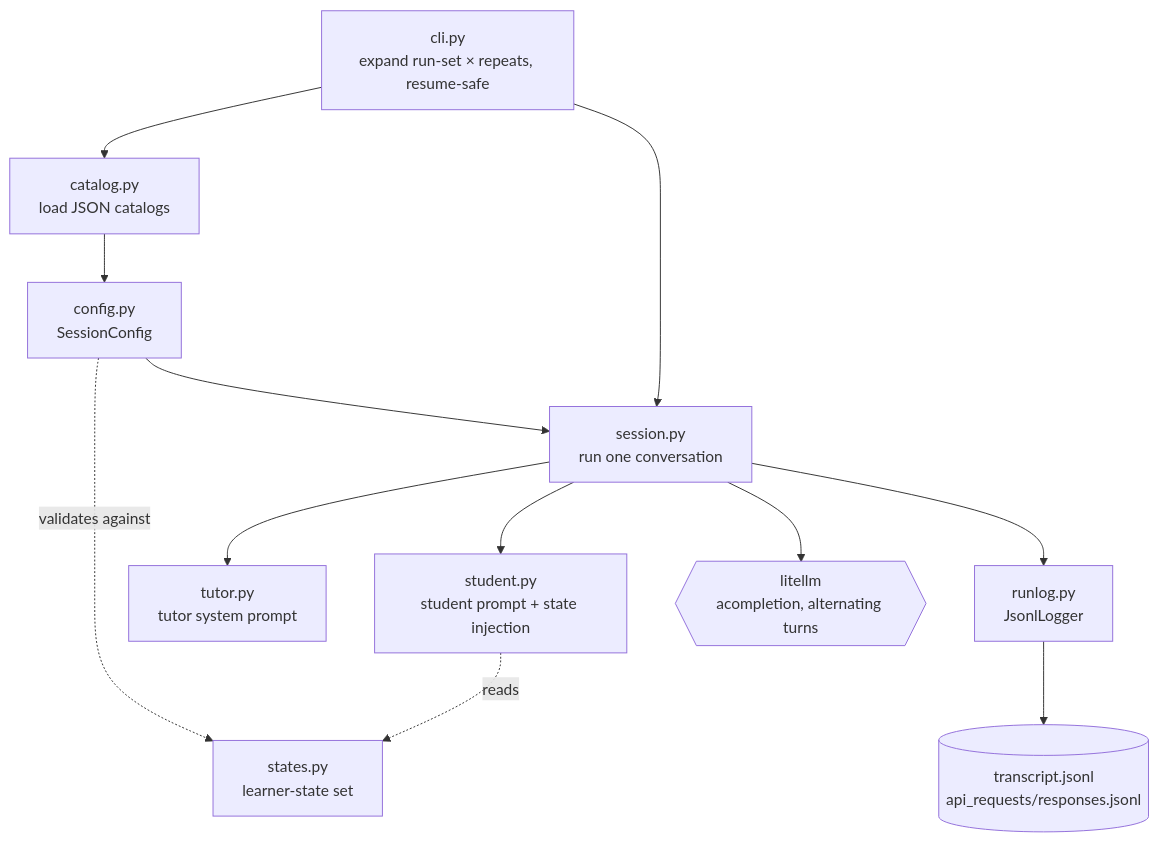
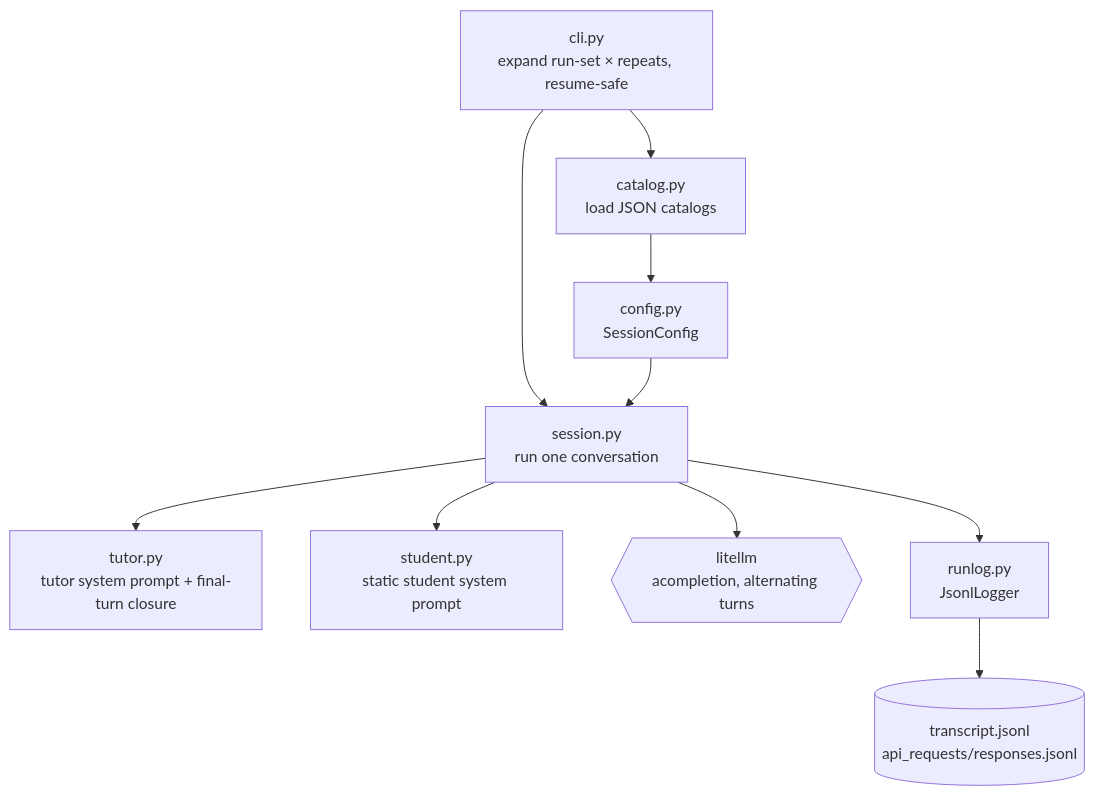
Before and after one commit to ddeepak95/tutoring-simulation: the diagram in docs/simulation.md, drawn with Mermaid. The commit also changed other lines of this file and 69 other files, not shown here.

````diff
--- a/docs/simulation.md
+++ b/docs/simulation.md
@@ -94,14 +61,12 @@
 ```mermaid
 flowchart TD
     cli[cli.py<br/>expand run-set × repeats, resume-safe] --> catalog[catalog.py<br/>load JSON catalogs]
     catalog --> config[config.py<br/>SessionConfig]
-    config -. validates against .-> states[states.py<br/>learner-state set]
     cli --> session[session.py<br/>run one conversation]
     config --> session
-    session --> tutor[tutor.py<br/>tutor system prompt]
-    session --> student[student.py<br/>student prompt + state injection]
-    student -. reads .-> states
+    session --> tutor[tutor.py<br/>tutor system prompt + final-turn closure]
+    session --> student[student.py<br/>static student system prompt]
     session --> llm{{litellm<br/>acompletion, alternating turns}}
     session --> runlog[runlog.py<br/>JsonlLogger]
     runlog --> out[(transcript.jsonl<br/>api_requests/responses.jsonl)]
 ```
````
